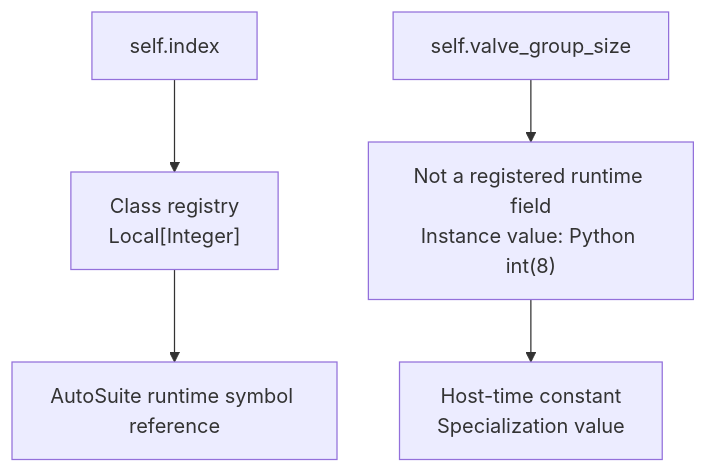
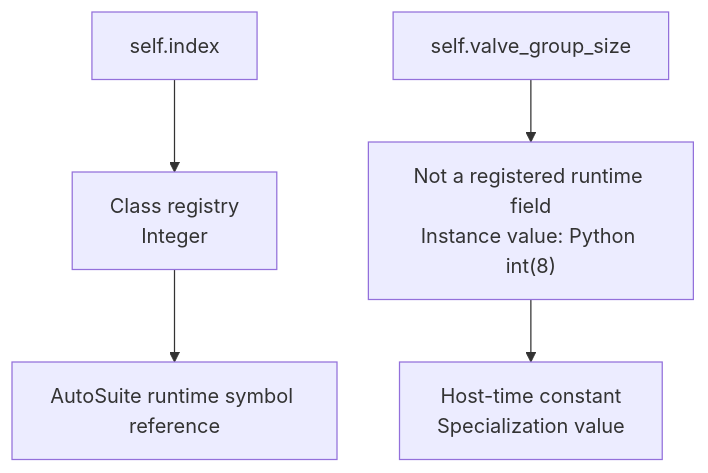
One commit to TsumiNa/sciloom changed the third of 3 diagrams in docs/04_PYTHON_FRONTEND_AND_STAGING.md. Above: the diagram before and after it, drawn with Mermaid. The commit also changed other lines of this file and 32 other files, not shown here.

````diff
--- a/docs/04_PYTHON_FRONTEND_AND_STAGING.md
+++ b/docs/04_PYTHON_FRONTEND_AND_STAGING.md
@@ -166,7 +181,7 @@
 ```mermaid
 flowchart TB
-    Index["self.index"] --> Registry["Class registry<br/>Local[Integer]"]
+    Index["self.index"] --> Registry["Class registry<br/>Integer"]
     Registry --> Runtime["AutoSuite runtime symbol reference"]
     Group["self.valve_group_size"] --> Value["Not a registered runtime field<br/>Instance value: Python int(8)"]
     Value --> Constant["Host-time constant<br/>Specialization value"]
 ```
````
